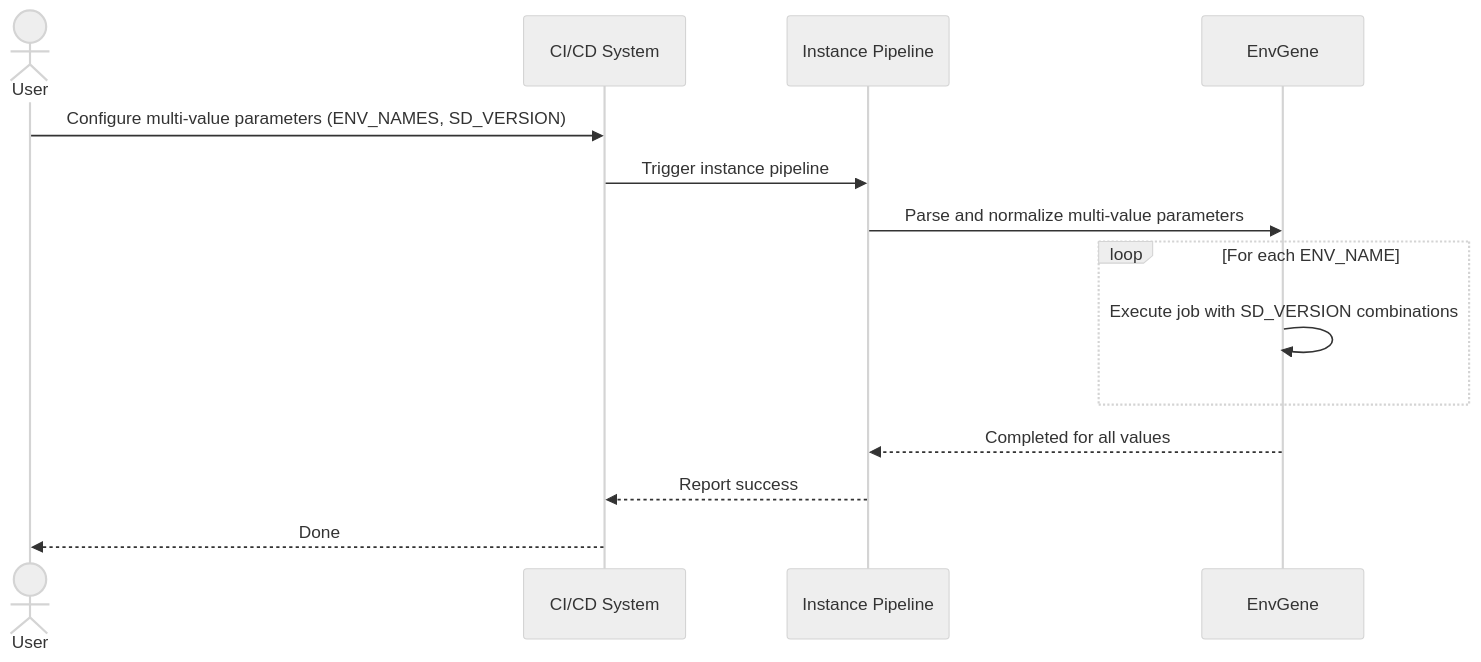
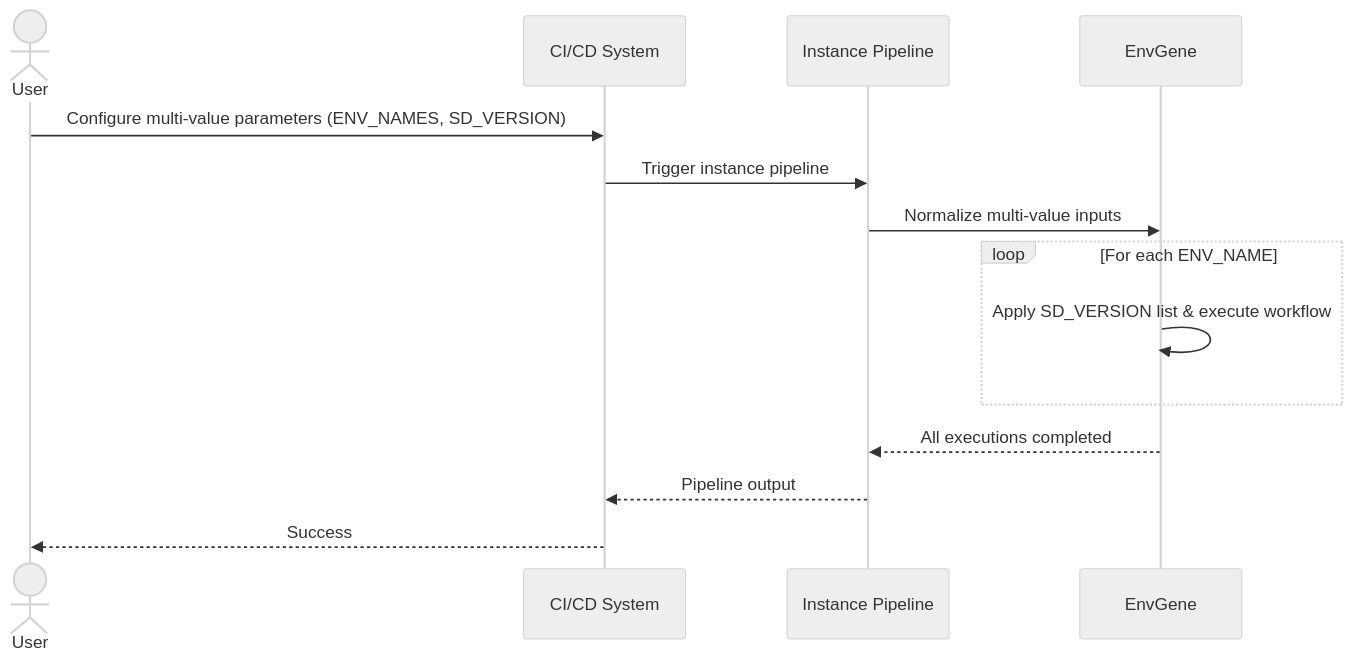
One commit to Netcracker/qubership-envgene changed the diagram in docs/use-cases/instance-pipeline-patameters.md. Above: the diagram before and after it, drawn with Mermaid (neutral theme). The commit also changed other lines of this file, not shown here.

Commit message:
docs: added GITHUB instance usecases for multi values params

````diff
--- a/docs/use-cases/instance-pipeline-patameters.md
+++ b/docs/use-cases/instance-pipeline-patameters.md
@@ -118,17 +191,17 @@
 ```mermaid
 sequenceDiagram
     actor U as User
     participant CI as CI/CD System
     participant IP as Instance Pipeline
     participant EG as EnvGene
 
     U->>CI: Configure multi-value parameters (ENV_NAMES, SD_VERSION)
     CI->>IP: Trigger instance pipeline
-    IP->>EG: Parse and normalize multi-value parameters
+    IP->>EG: Normalize multi-value inputs
     loop For each ENV_NAME
-        EG->>EG: Execute job with SD_VERSION combinations
+        EG->>EG: Apply SD_VERSION list & execute workflow
     end
-    EG-->>IP: Completed for all values
-    IP-->>CI: Report success
-    CI-->>U: Done
+    EG-->>IP: All executions completed
+    IP-->>CI: Pipeline output
+    CI-->>U: Success
 ```
````
